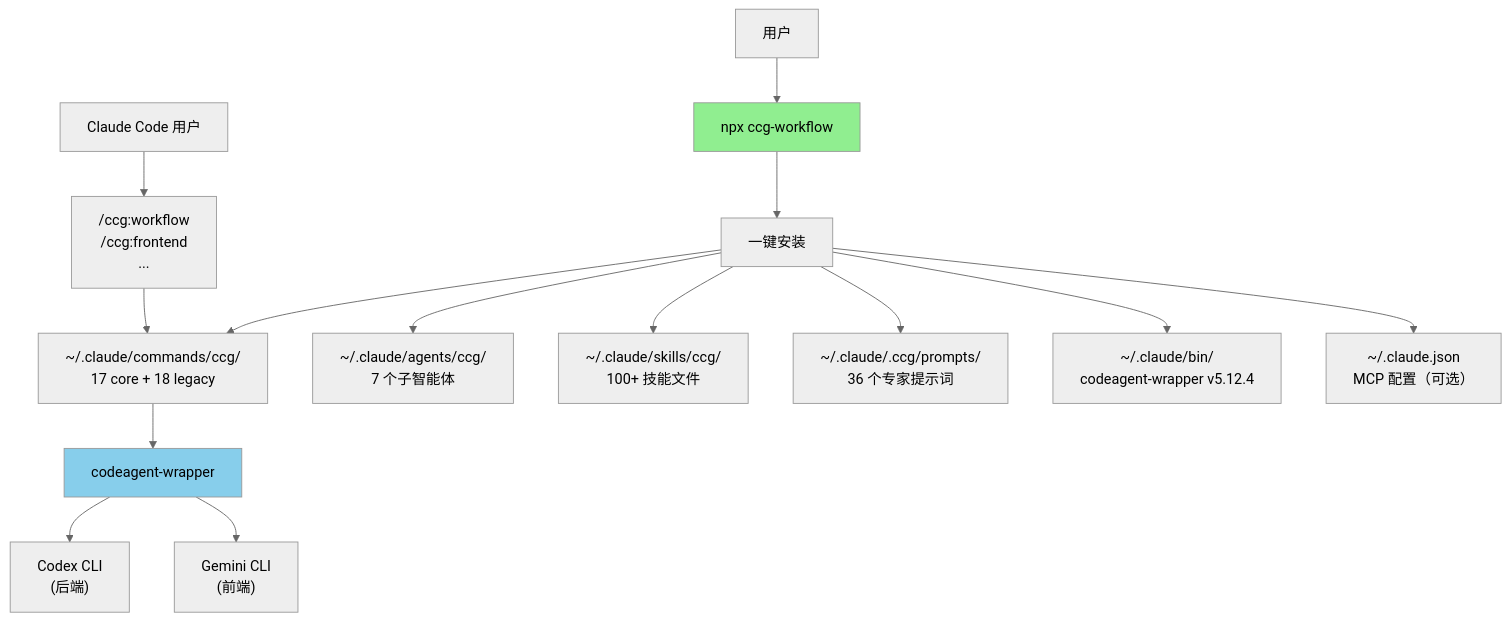
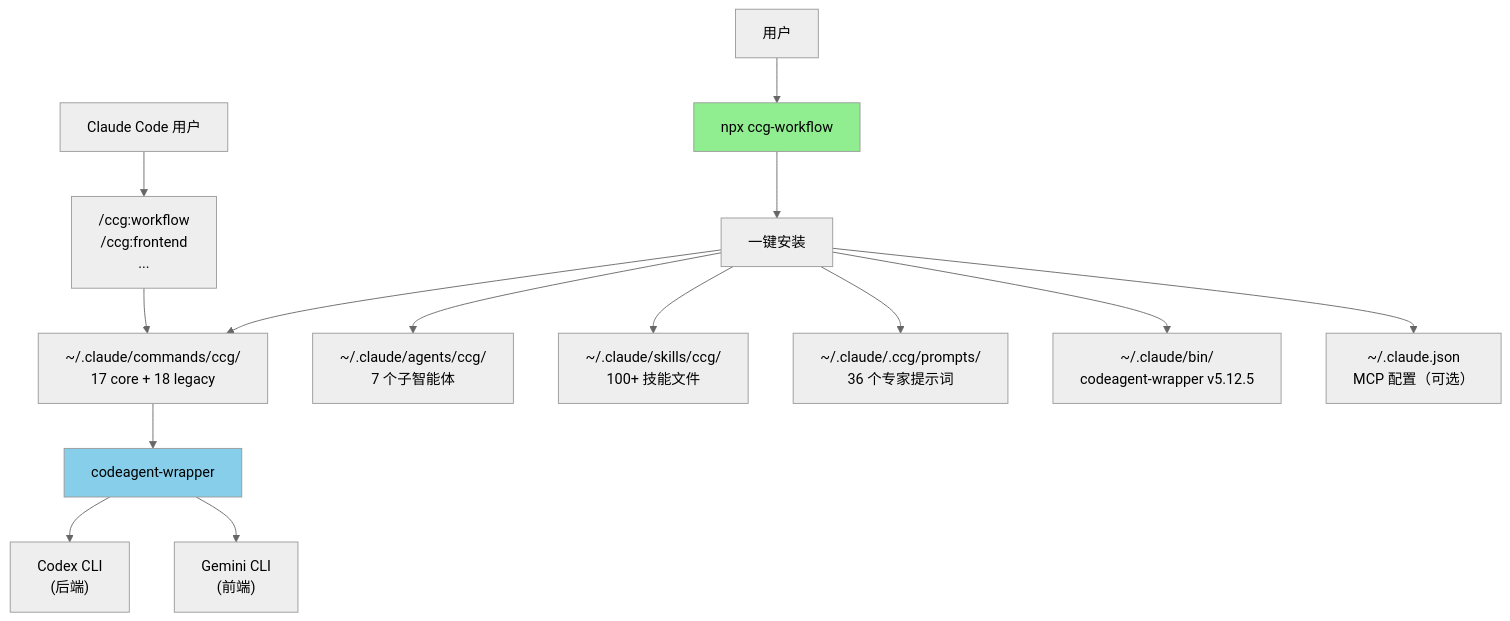
The diagram in CLAUDE.md (jed-zed/ccg-gptpro-worflow), drawn with Mermaid (neutral theme) before and after one commit. The commit also changed other lines of this file and 22 other files, not shown here.

````diff
--- a/CLAUDE.md
+++ b/CLAUDE.md
@@ -691,22 +691,22 @@
 ```mermaid
 graph TD
     User["用户"] --> CLI["npx ccg-workflow"]
     CLI --> Init["一键安装"]
 
     Init --> Commands["~/.claude/commands/ccg/<br/>17 core + 18 legacy"]
     Init --> Agents["~/.claude/agents/ccg/<br/>7 个子智能体"]
     Init --> Skills["~/.claude/skills/ccg/<br/>100+ 技能文件"]
     Init --> Prompts["~/.claude/.ccg/prompts/<br/>36 个专家提示词"]
-    Init --> Binary["~/.claude/bin/<br/>codeagent-wrapper v5.12.4"]
+    Init --> Binary["~/.claude/bin/<br/>codeagent-wrapper v5.12.5"]
     Init --> MCP["~/.claude.json<br/>MCP 配置（可选）"]
 
     User2["Claude Code 用户"] --> SlashCmd["/ccg:workflow<br/>/ccg:frontend<br/>..."]
     SlashCmd --> Commands
 
     Commands --> Wrapper["codeagent-wrapper"]
     Wrapper --> Codex["Codex CLI<br/>(后端)"]
     Wrapper --> Gemini["Gemini CLI<br/>(前端)"]
 
     style CLI fill:#90EE90
     style Wrapper fill:#87CEEB
 ```
````
